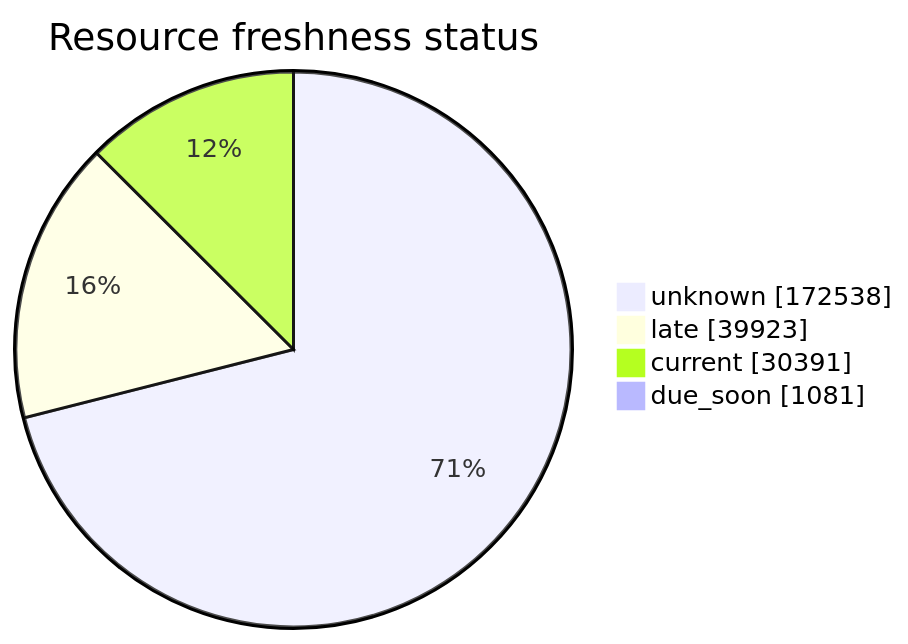
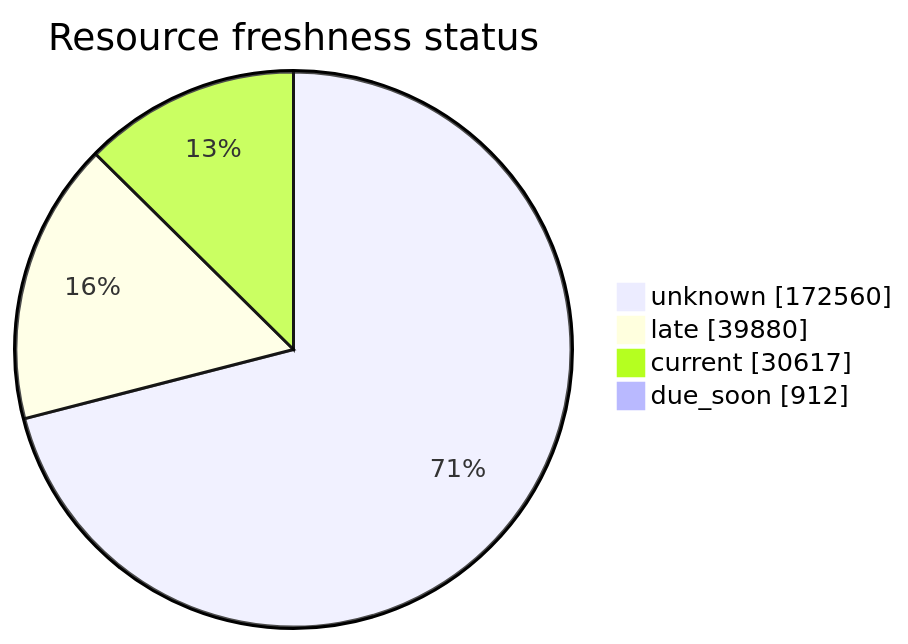
One commit to open-data/analytics-corporate-reporting changed the third of 5 diagrams in FreshCheck/README.md. Above: the diagram before and after it, drawn with Mermaid. The commit also changed other lines of this file and 3 other files, not shown here.

````diff
--- a/FreshCheck/README.md
+++ b/FreshCheck/README.md
@@ -78,7 +78,7 @@
 ```mermaid
 pie showData title Resource freshness status
-    "unknown": 172538
-    "late": 39923
-    "current": 30391
-    "due_soon": 1081
+    "unknown": 172560
+    "late": 39880
+    "current": 30617
+    "due_soon": 912
 ```
````
